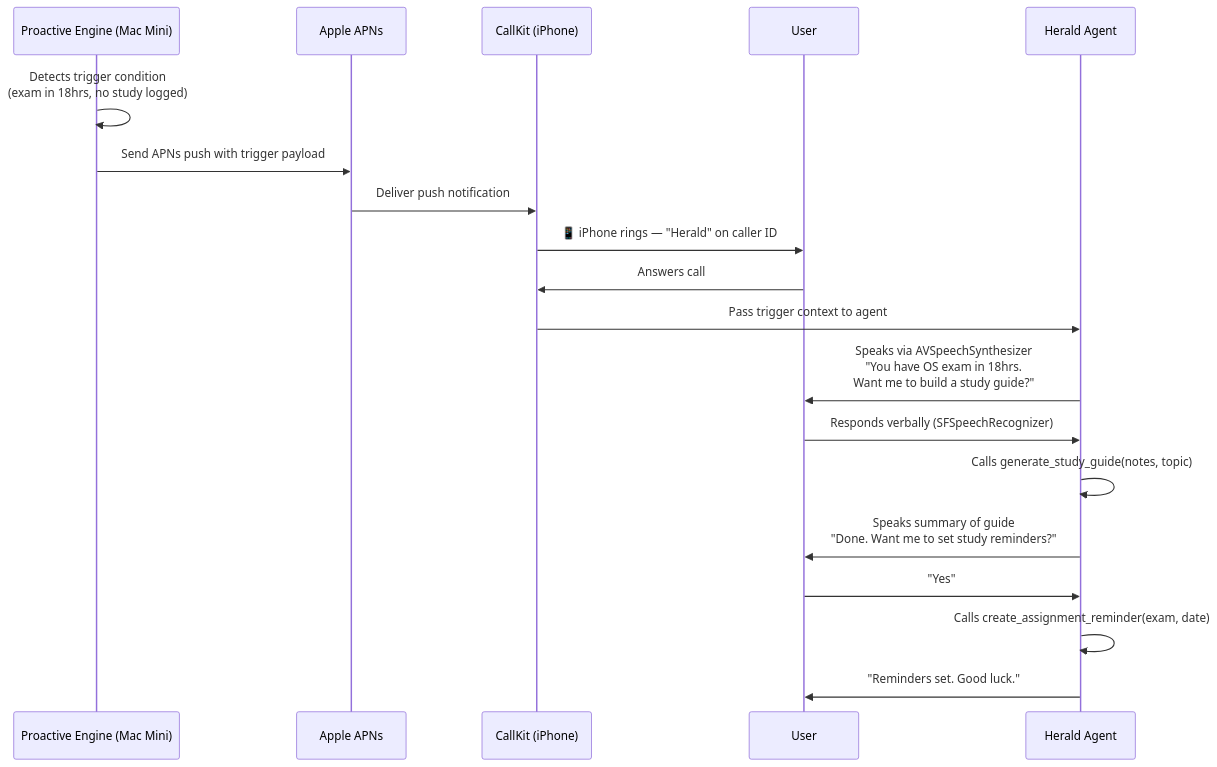
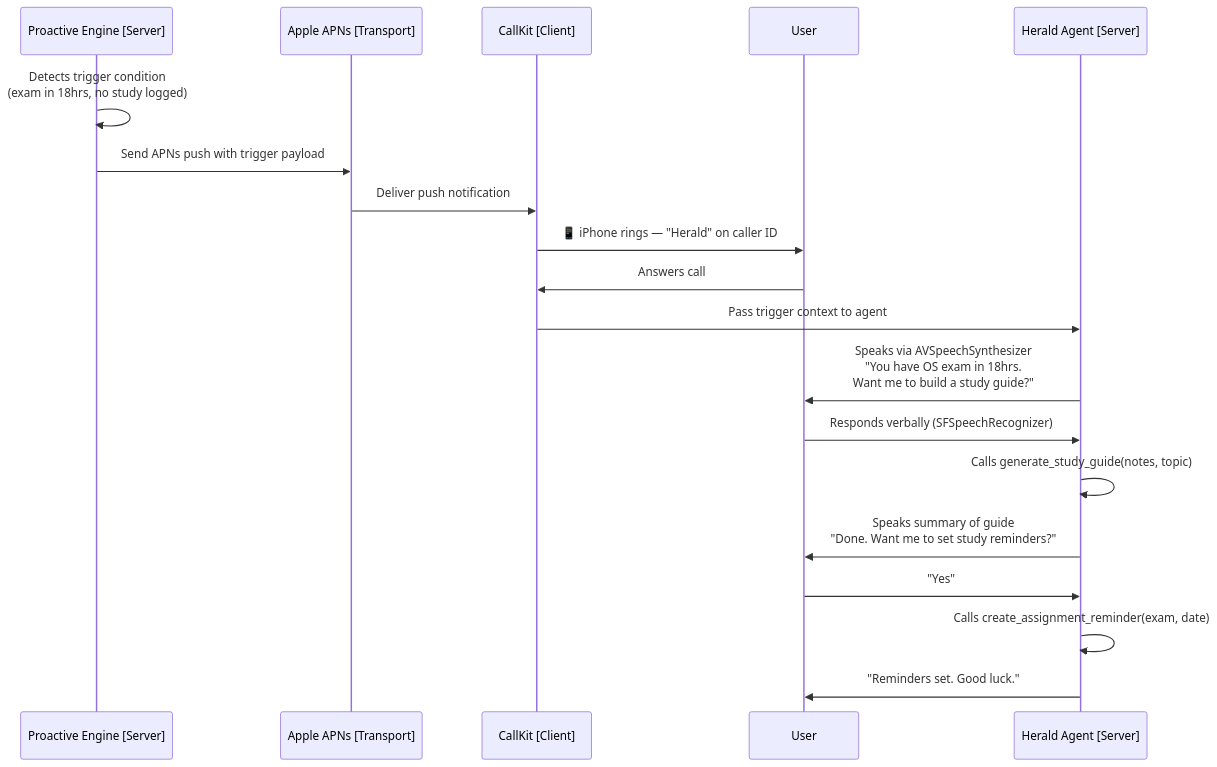
Before and after one commit to bbyrd2021/herald: the third of 4 diagrams in ARCHITECTURE.md, drawn with Mermaid.

Commit message:
Add layer annotations to proactive call flow participants

````diff
--- a/ARCHITECTURE.md
+++ b/ARCHITECTURE.md
@@ -77,22 +77,22 @@
 ```mermaid
 sequenceDiagram
-    participant PE as Proactive Engine (Mac Mini)
-    participant AP as Apple APNs
-    participant CK as CallKit (iPhone)
+    participant PE as Proactive Engine [Server]
+    participant AP as Apple APNs [Transport]
+    participant CK as CallKit [Client]
     participant US as User
-    participant AG as Herald Agent
+    participant AG as Herald Agent [Server]
 
     PE->>PE: Detects trigger condition<br/>(exam in 18hrs, no study logged)
     PE->>AP: Send APNs push with trigger payload
     AP->>CK: Deliver push notification
     CK->>US: 📱 iPhone rings — "Herald" on caller ID
     US->>CK: Answers call
     CK->>AG: Pass trigger context to agent
     AG->>US: Speaks via AVSpeechSynthesizer<br/>"You have OS exam in 18hrs.<br/>Want me to build a study guide?"
     US->>AG: Responds verbally (SFSpeechRecognizer)
     AG->>AG: Calls generate_study_guide(notes, topic)
     AG->>US: Speaks summary of guide<br/>"Done. Want me to set study reminders?"
     US->>AG: "Yes"
     AG->>AG: Calls create_assignment_reminder(exam, date)
     AG->>US: "Reminders set. Good luck."
 ```
````
